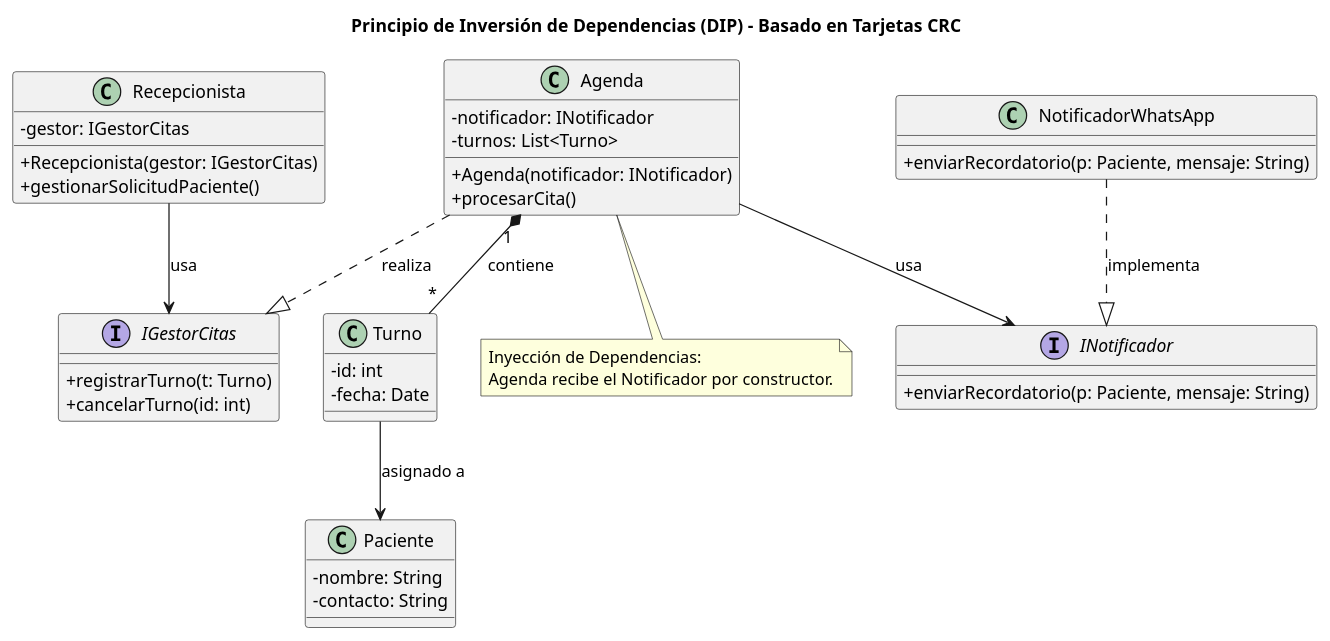
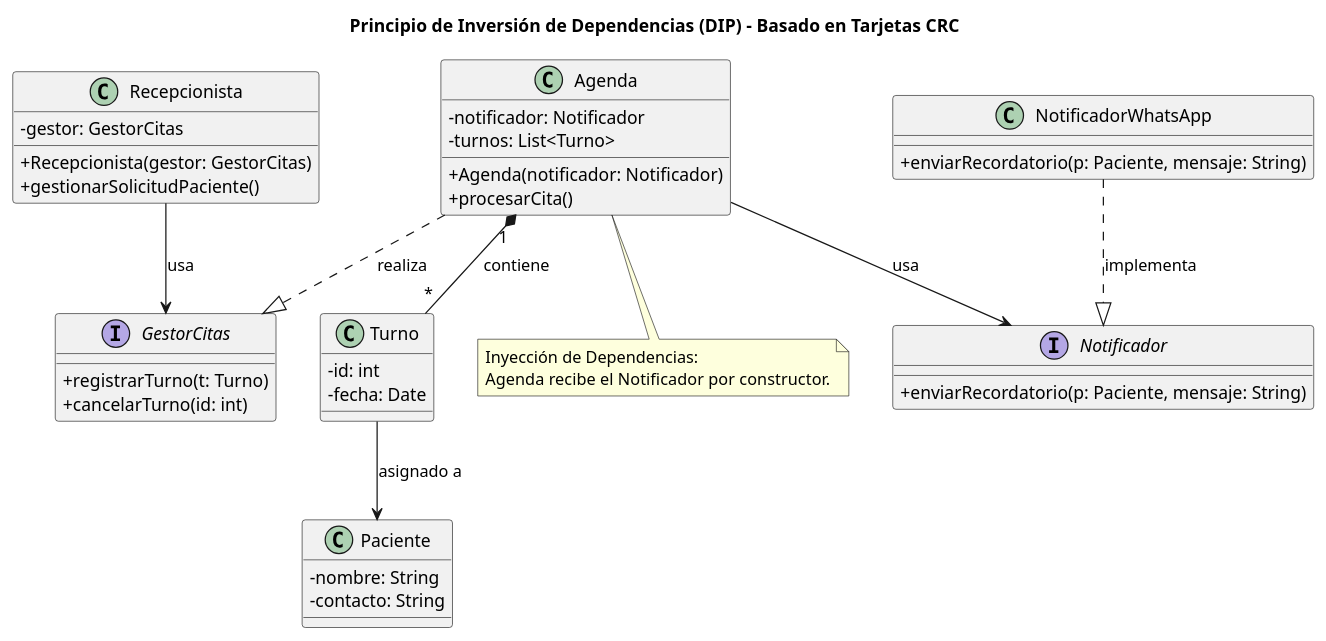
The diagram in diagramas/01-diagrama-clases/01-solid-05-dip.puml (angelgc9107-lgtm/SistemaTurnosMedicos_GP6), drawn with PlantUML before and after one commit.

Commit message:
Se elimina png incorrecto y se agrega el correcto, se corrige el archivo 01-solid-05-dip.puml

```diff
--- a/diagramas/01-diagrama-clases/01-solid-05-dip.puml
+++ b/diagramas/01-diagrama-clases/01-solid-05-dip.puml
@@ -1,55 +1,55 @@
 @startuml 01-solid-05-dip
 
 skinparam classAttributeIconSize 0
 title Principio de Inversión de Dependencias (DIP) - Basado en Tarjetas CRC
 
-interface IGestorCitas {
+interface GestorCitas {
     + registrarTurno(t: Turno)
     + cancelarTurno(id: int)
 }
 
-interface INotificador {
+interface Notificador {
     + enviarRecordatorio(p: Paciente, mensaje: String)
 }
 
 
 class Recepcionista {
-    - gestor: IGestorCitas
-    + Recepcionista(gestor: IGestorCitas)
+    - gestor: GestorCitas
+    + Recepcionista(gestor: GestorCitas)
     + gestionarSolicitudPaciente()
 }
 
 class Agenda {
-    - notificador: INotificador
+    - notificador: Notificador
     - turnos: List<Turno>
-    + Agenda(notificador: INotificador)
+    + Agenda(notificador: Notificador)
     + procesarCita()
 }
 
 class Turno {
     - id: int
     - fecha: Date
 }
 
 class Paciente {
     - nombre: String
     - contacto: String
 }
 
 class NotificadorWhatsApp {
     + enviarRecordatorio(p: Paciente, mensaje: String)
 }
 
-Recepcionista --> IGestorCitas : "usa"
-Agenda ..|> IGestorCitas : "realiza"
-Agenda --> INotificador : "usa"
+Recepcionista --> GestorCitas : "usa"
+Agenda ..|> GestorCitas : "realiza"
+Agenda --> Notificador : "usa"
 Agenda "1" *-- "*" Turno : "contiene"
-NotificadorWhatsApp ..|> INotificador : "implementa"
+NotificadorWhatsApp ..|> Notificador : "implementa"
 Turno --> Paciente : "asignado a"
 
 note bottom of Agenda
   Inyección de Dependencias:
   Agenda recibe el Notificador por constructor.
 end note
 
 @enduml
```
